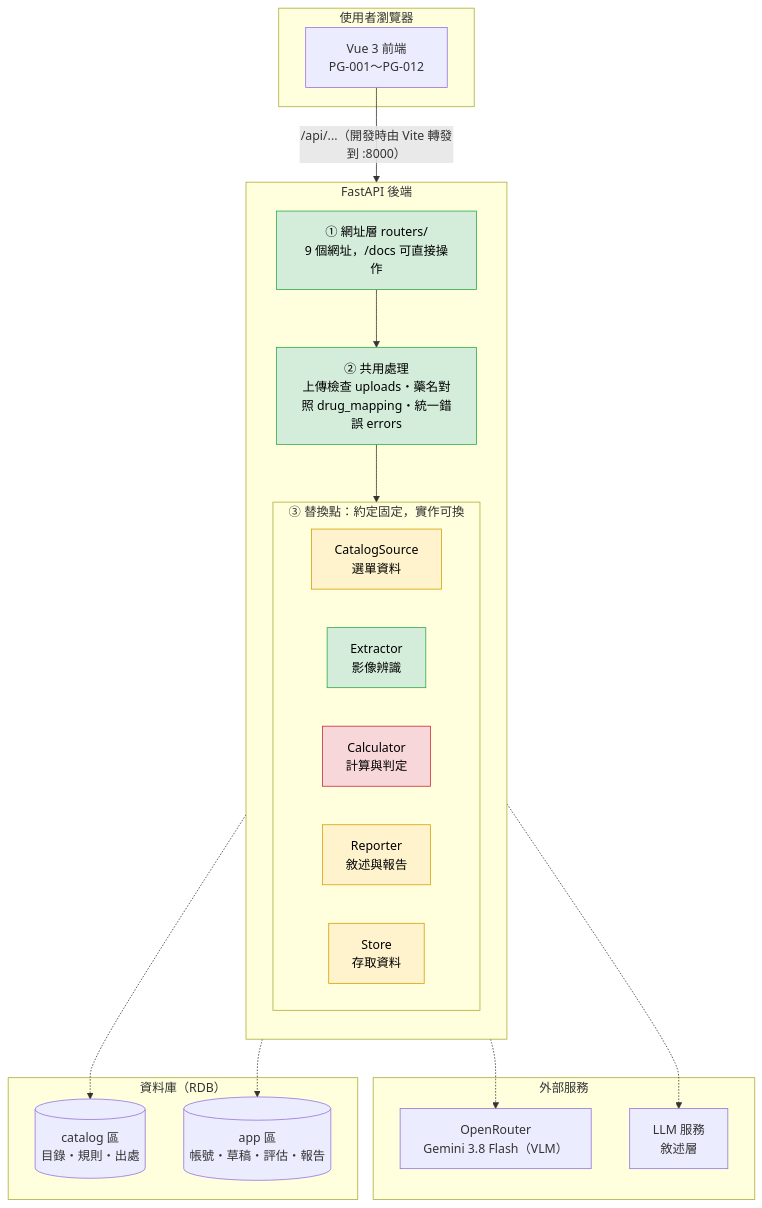
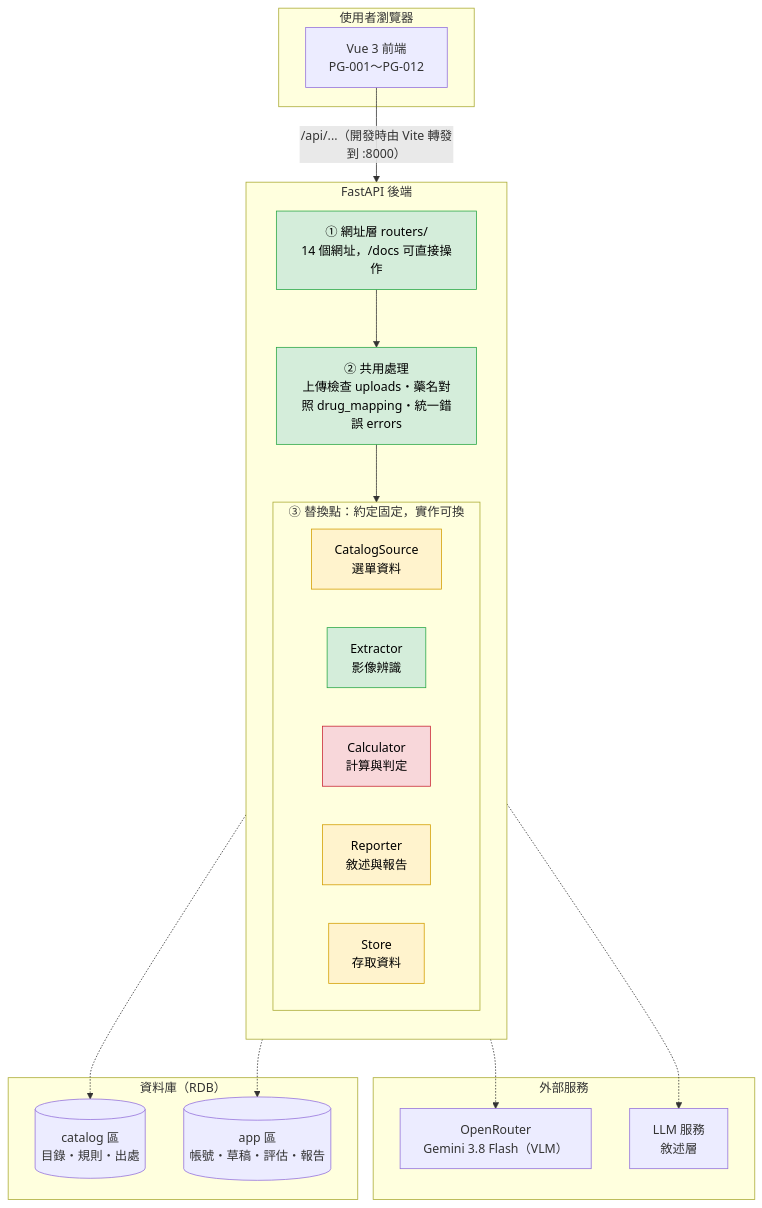
One commit to polun1210/aipe04_project_g4 changed the first of 2 diagrams in docs/architecture.md. Above: the diagram before and after it, drawn with Mermaid. The commit also changed other lines of this file and 13 other files, not shown here.

````diff
--- a/docs/architecture.md
+++ b/docs/architecture.md
@@ -13,46 +13,46 @@
 ```mermaid
 flowchart TB
     subgraph Browser["使用者瀏覽器"]
         FE["Vue 3 前端<br/>PG-001～PG-012"]
     end
 
     subgraph Backend["FastAPI 後端"]
         direction TB
-        R["① 網址層 routers/<br/>9 個網址，/docs 可直接操作"]
+        R["① 網址層 routers/<br/>14 個網址，/docs 可直接操作"]
         S["② 共用處理<br/>上傳檢查 uploads・藥名對照 drug_mapping・統一錯誤 errors"]
 
         subgraph RP["③ 替換點：約定固定，實作可換"]
             direction LR
             CS["CatalogSource<br/>選單資料"]
             EX["Extractor<br/>影像辨識"]
             CA["Calculator<br/>計算與判定"]
             RE["Reporter<br/>敘述與報告"]
             ST["Store<br/>存取資料"]
         end
 
         R --> S --> RP
     end
 
     subgraph External["外部服務"]
         VLM["OpenRouter<br/>Gemini 3.8 Flash（VLM）"]
         LLM["LLM 服務<br/>敘述層"]
     end
 
     subgraph DB["資料庫（RDB）"]
         CAT[("catalog 區<br/>目錄・規則・出處")]
         APP[("app 區<br/>帳號・草稿・評估・報告")]
     end
 
     FE -- "/api/...（開發時由 Vite 轉發到 :8000）" --> R
     EX -.-> VLM
     RE -.-> LLM
     CS -.-> CAT
     ST -.-> APP
 
     classDef done fill:#d4edda,stroke:#28a745,color:#000
     classDef partial fill:#fff3cd,stroke:#d39e00,color:#000
     classDef todo fill:#f8d7da,stroke:#c82333,color:#000
     class R,S,EX done
     class CS,ST,RE partial
     class CA todo
 ```
````
